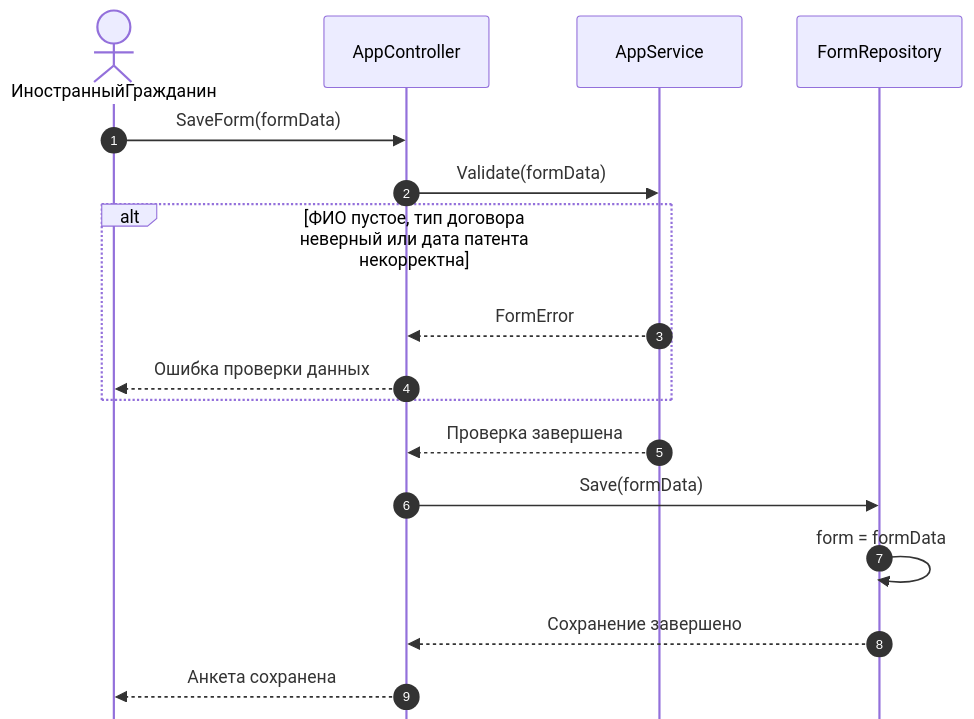
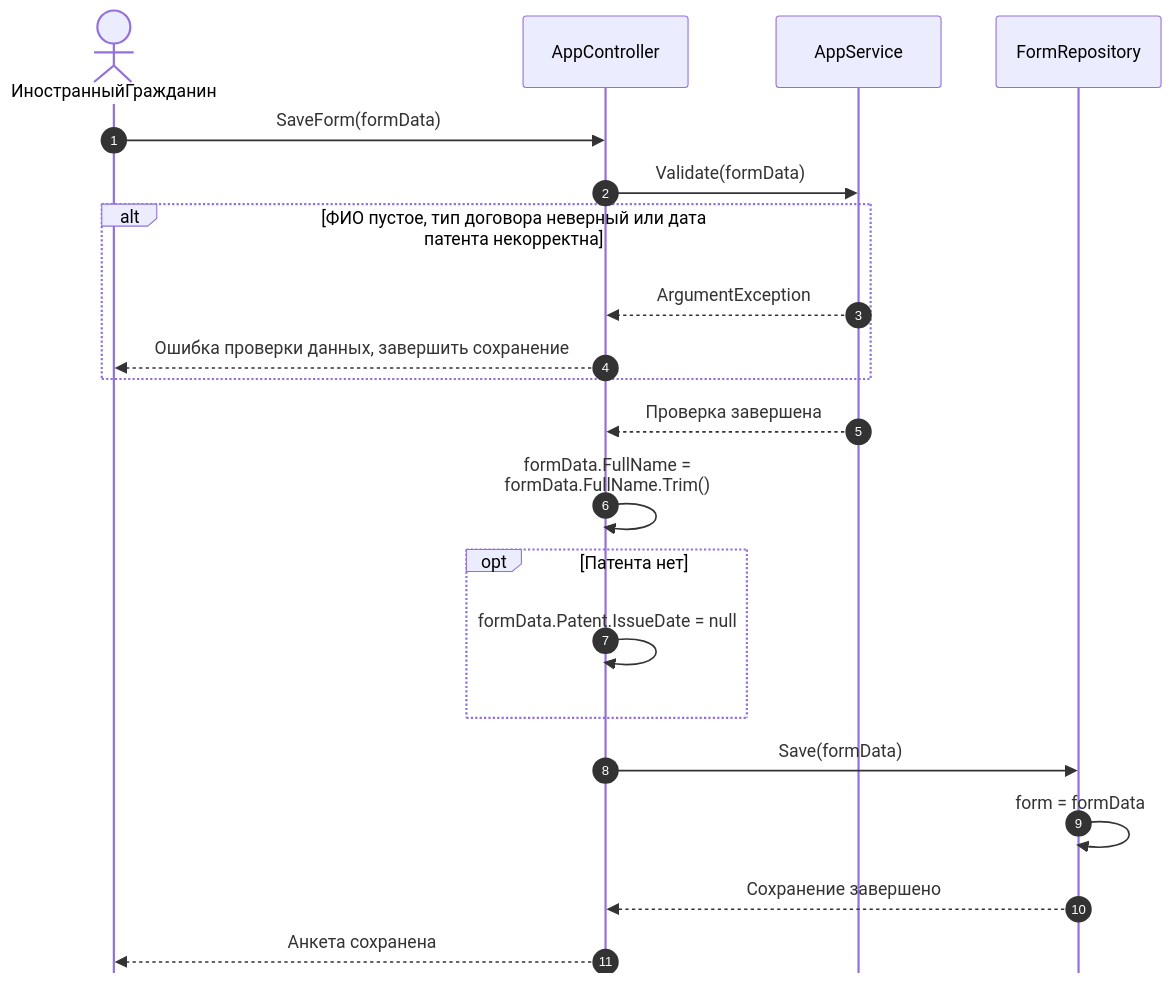
One commit to Edmorton1/peace changed the first of 2 diagrams in _docs/lab4.md. Above: the diagram before and after it, drawn with Mermaid. The commit also changed other lines of this file and 1 other file, not shown here.

````diff
--- a/_docs/lab4.md
+++ b/_docs/lab4.md
@@ -5,22 +5,26 @@
 ```mermaid
 %%{init: {'sequence': {'mirrorActors': false}}}%%
 sequenceDiagram
     autonumber
     actor ИностранныйГражданин
     participant AppController
     participant AppService
     participant FormRepository
     ИностранныйГражданин->>AppController: SaveForm(formData)
     AppController->>AppService: Validate(formData)
 
     alt ФИО пустое, тип договора неверный или дата патента некорректна
-        AppService-->>AppController: FormError
-        AppController-->>ИностранныйГражданин: Ошибка проверки данных
+        AppService-->>AppController: ArgumentException
+        AppController-->>ИностранныйГражданин: Ошибка проверки данных, завершить сохранение
     end
 
     AppService-->>AppController: Проверка завершена
+    AppController->>AppController: formData.FullName =<br/>formData.FullName.Trim()
+    opt Патента нет
+        AppController->>AppController: formData.Patent.IssueDate = null
+    end
     AppController->>FormRepository: Save(formData)
     FormRepository->>FormRepository: form = formData
     FormRepository-->>AppController: Сохранение завершено
     AppController-->>ИностранныйГражданин: Анкета сохранена
 ```
````
